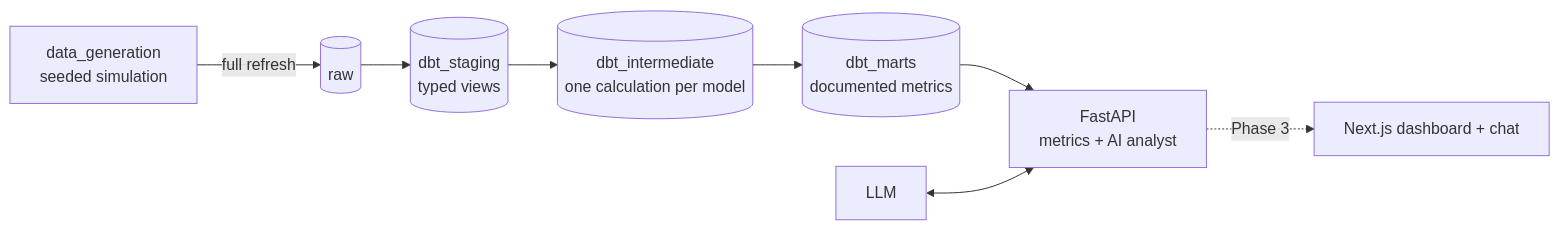
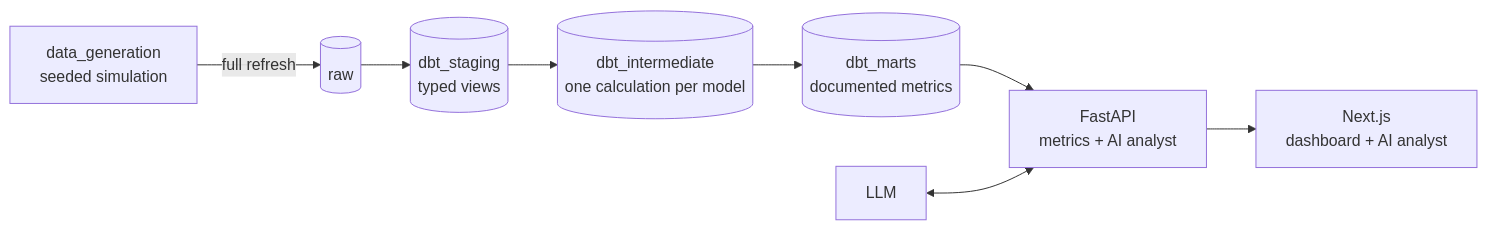
The diagram in README.md (antuelquirino/InsightFlow), drawn with Mermaid before and after one commit. The commit also changed other lines of this file and 22 other files, not shown here.

First line of the commit message:
docs: close Phase 3 (web) and remove unused template parts

````diff
--- a/README.md
+++ b/README.md
@@ -29,10 +31,10 @@
 ```mermaid
 flowchart LR
     gen["data_generation<br/>seeded simulation"] -->|full refresh| raw[(raw)]
     raw --> stg[(dbt_staging<br/>typed views)]
     stg --> int[(dbt_intermediate<br/>one calculation per model)]
     int --> marts[(dbt_marts<br/>documented metrics)]
     marts --> api["FastAPI<br/>metrics + AI analyst"]
     llm["LLM"] <--> api
-    api -.->|Phase 3| web["Next.js dashboard + chat"]
+    api --> web["Next.js<br/>dashboard + AI analyst"]
 ```
````
